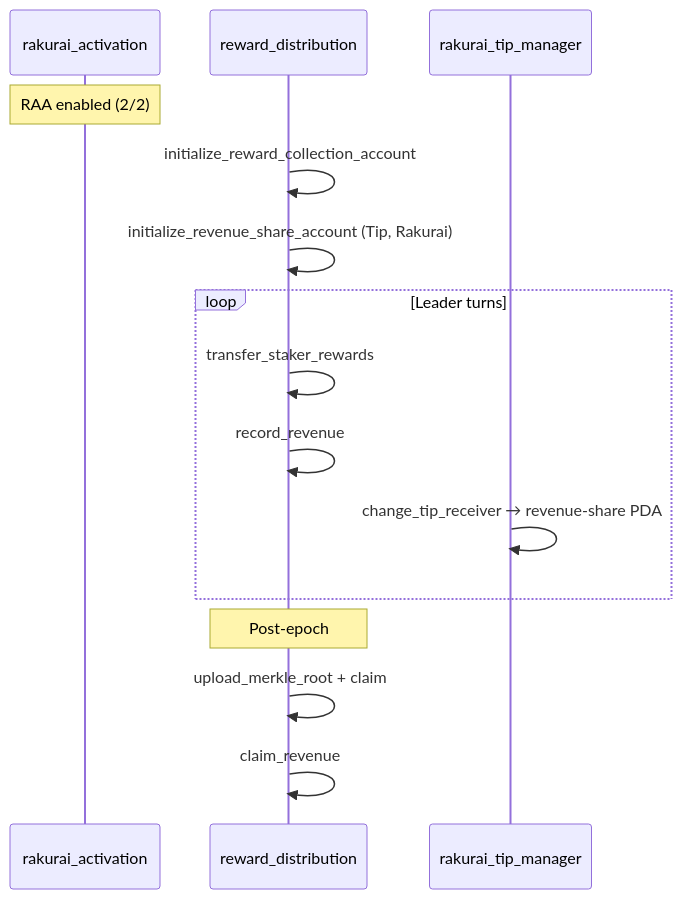
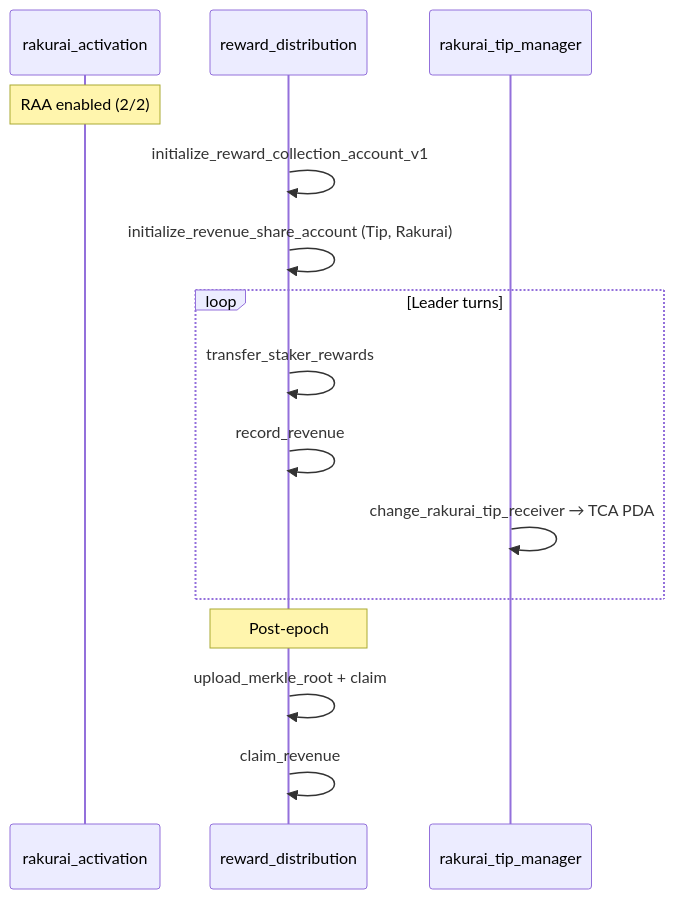
The fourth of 4 diagrams in diagram/program-flow-diagrams.md (rakurai-io/rakurai_programs), drawn with Mermaid before and after one commit. The commit also changed other lines of this file and 11 other files, not shown here.

````diff
--- a/diagram/program-flow-diagrams.md
+++ b/diagram/program-flow-diagrams.md
@@ -155,18 +155,18 @@
 ```mermaid
 sequenceDiagram
     participant Act as rakurai_activation
     participant RD as reward_distribution
     participant TM as rakurai_tip_manager
 
     Note over Act: RAA enabled (2/2)
-    RD->>RD: initialize_reward_collection_account
+    RD->>RD: initialize_reward_collection_account_v1
     RD->>RD: initialize_revenue_share_account (Tip, Rakurai)
     loop Leader turns
         RD->>RD: transfer_staker_rewards
         RD->>RD: record_revenue
-        TM->>TM: change_tip_receiver → revenue-share PDA
+        TM->>TM: change_rakurai_tip_receiver → TCA PDA
     end
     Note over RD: Post-epoch
     RD->>RD: upload_merkle_root + claim
     RD->>RD: claim_revenue
 ```
````
